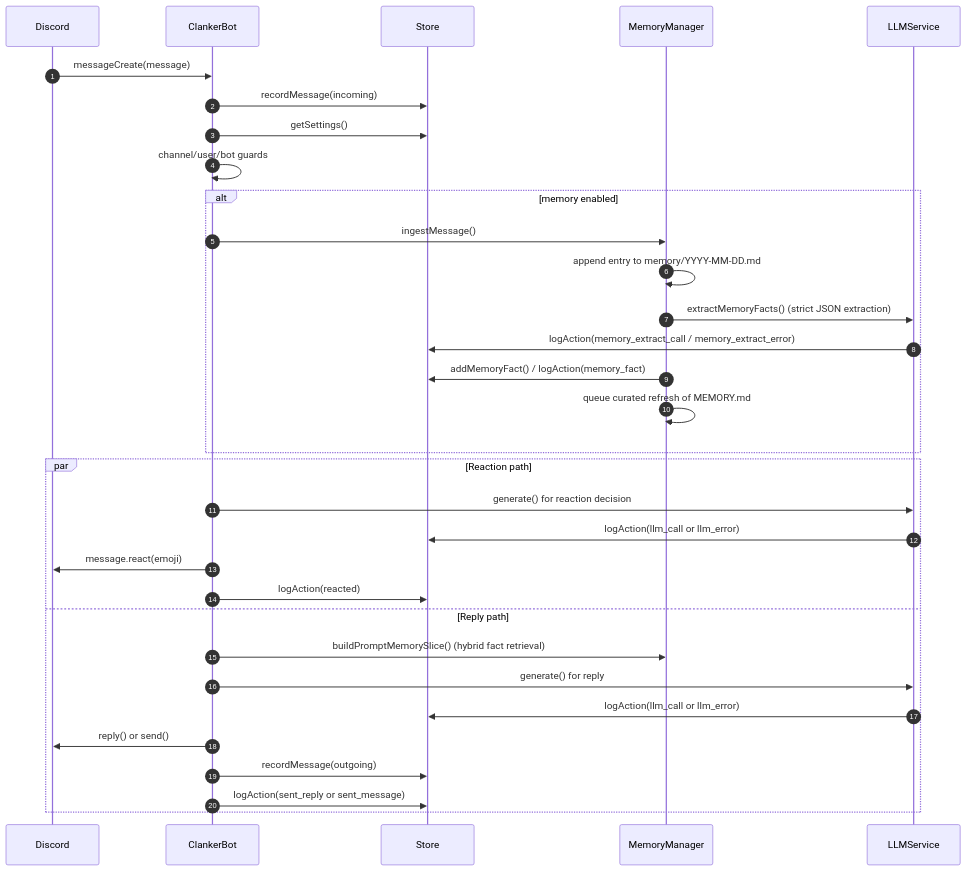
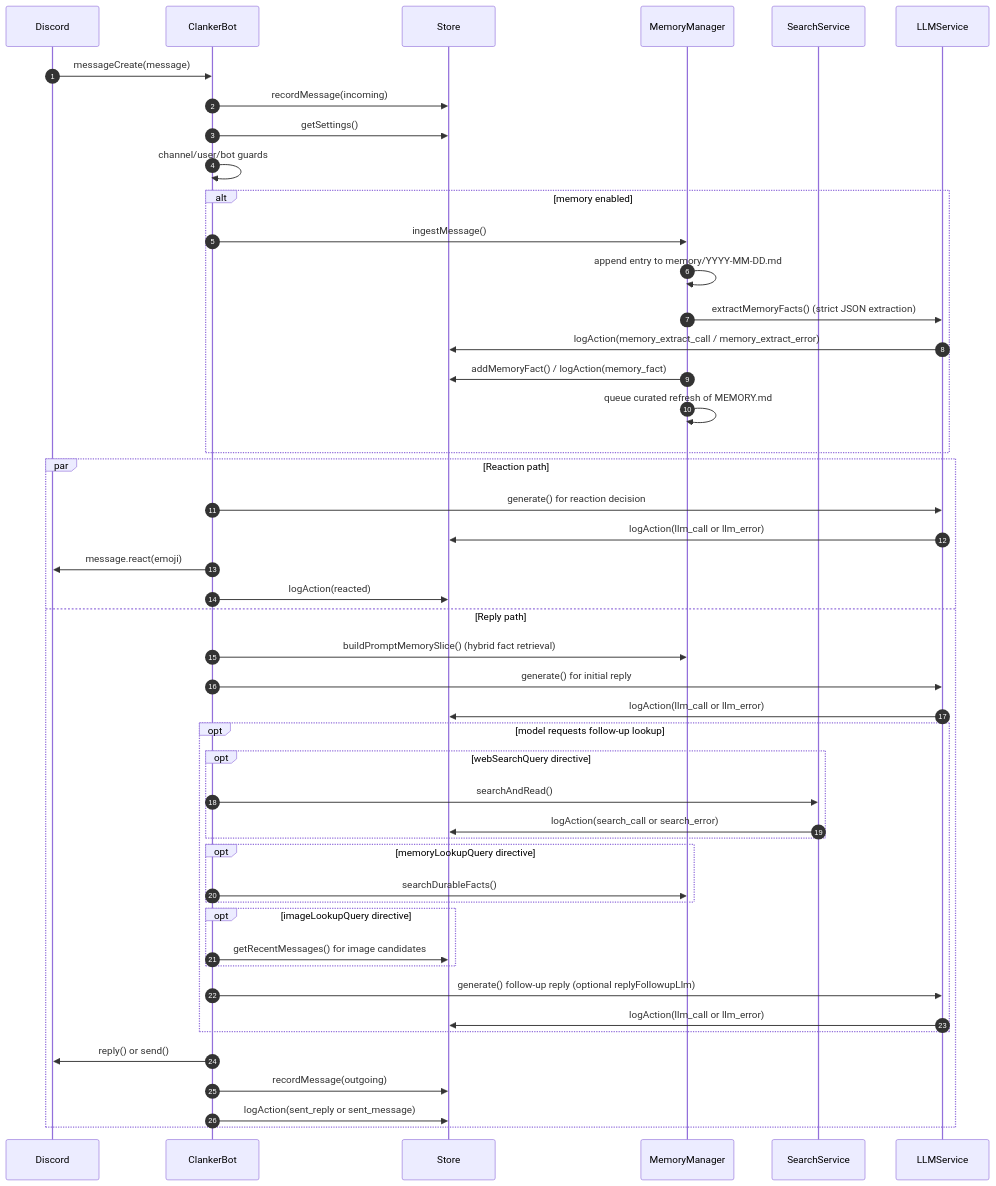
The diagram in docs/diagrams/message-event-flow.mmd (Volpestyle/clanker_conk), drawn with Mermaid before and after one commit. The commit also changed 35 other files, not shown here.

```diff
--- a/docs/diagrams/message-event-flow.mmd
+++ b/docs/diagrams/message-event-flow.mmd
@@ -1,35 +1,50 @@
 sequenceDiagram
     autonumber
     participant Discord as Discord
     participant Bot as ClankerBot
     participant Store as Store
     participant Memory as MemoryManager
+    participant Search as SearchService
     participant LLM as LLMService
 
     Discord->>Bot: messageCreate(message)
     Bot->>Store: recordMessage(incoming)
     Bot->>Store: getSettings()
     Bot->>Bot: channel/user/bot guards
 
     alt memory enabled
       Bot->>Memory: ingestMessage()
       Memory->>Memory: append entry to memory/YYYY-MM-DD.md
       Memory->>LLM: extractMemoryFacts() (strict JSON extraction)
       LLM->>Store: logAction(memory_extract_call / memory_extract_error)
       Memory->>Store: addMemoryFact() / logAction(memory_fact)
       Memory->>Memory: queue curated refresh of MEMORY.md
     end
 
     par Reaction path
       Bot->>LLM: generate() for reaction decision
       LLM->>Store: logAction(llm_call or llm_error)
       Bot->>Discord: message.react(emoji)
       Bot->>Store: logAction(reacted)
     and Reply path
       Bot->>Memory: buildPromptMemorySlice() (hybrid fact retrieval)
-      Bot->>LLM: generate() for reply
+      Bot->>LLM: generate() for initial reply
       LLM->>Store: logAction(llm_call or llm_error)
+      opt model requests follow-up lookup
+        opt webSearchQuery directive
+          Bot->>Search: searchAndRead()
+          Search->>Store: logAction(search_call or search_error)
+        end
+        opt memoryLookupQuery directive
+          Bot->>Memory: searchDurableFacts()
+        end
+        opt imageLookupQuery directive
+          Bot->>Store: getRecentMessages() for image candidates
+        end
+        Bot->>LLM: generate() follow-up reply (optional replyFollowupLlm)
+        LLM->>Store: logAction(llm_call or llm_error)
+      end
       Bot->>Discord: reply() or send()
       Bot->>Store: recordMessage(outgoing)
       Bot->>Store: logAction(sent_reply or sent_message)
     end
```
